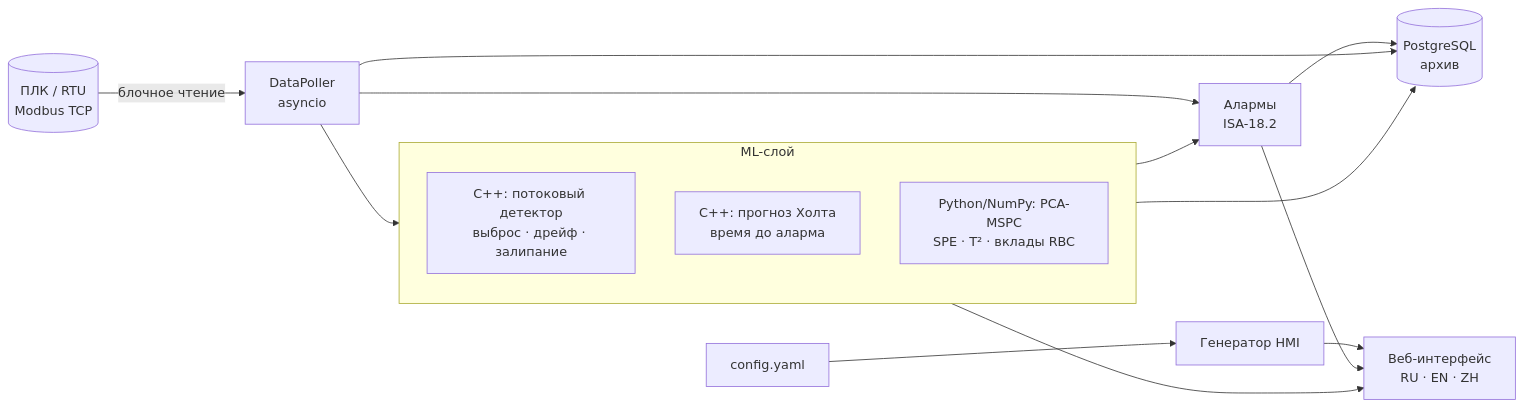
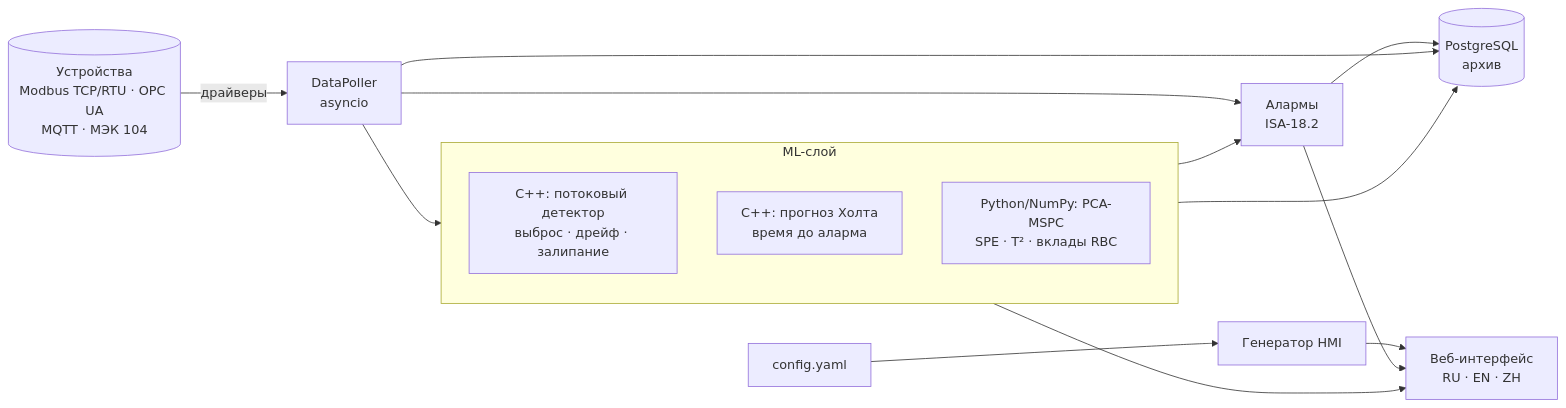
One commit to Anton-Sergeev-EA/SCADA_Generator changed the diagram in README.md. Above: the diagram before and after it, drawn with Mermaid. The commit also changed other lines of this file and 9 other files, not shown here.

````diff
--- a/README.md
+++ b/README.md
@@ -52,18 +53,18 @@
 ```mermaid
 flowchart LR
-  PLC[(ПЛК / RTU<br>Modbus TCP)] -->|блочное чтение| P[DataPoller<br>asyncio]
+  PLC[(Устройства<br>Modbus TCP/RTU · OPC UA<br>MQTT · МЭК 104)] -->|драйверы| P[DataPoller<br>asyncio]
   YAML[config.yaml] --> G[Генератор HMI] --> UI
   P --> A[Алармы<br>ISA-18.2]
   P --> ML
   subgraph ML[ML-слой]
     D[C++: потоковый детектор<br>выброс · дрейф · залипание]
     F[C++: прогноз Холта<br>время до аларма]
     M[Python/NumPy: PCA-MSPC<br>SPE · T² · вклады RBC]
   end
   ML --> A
   A --> DB[(PostgreSQL<br>архив)]
   P --> DB
   ML --> DB
   A --> UI[Веб-интерфейс<br>RU · EN · ZH]
   ML --> UI
 ```
````
